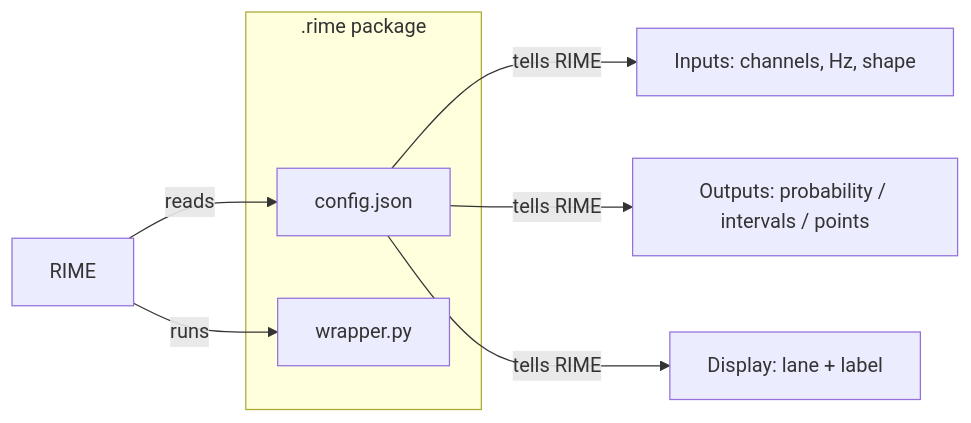
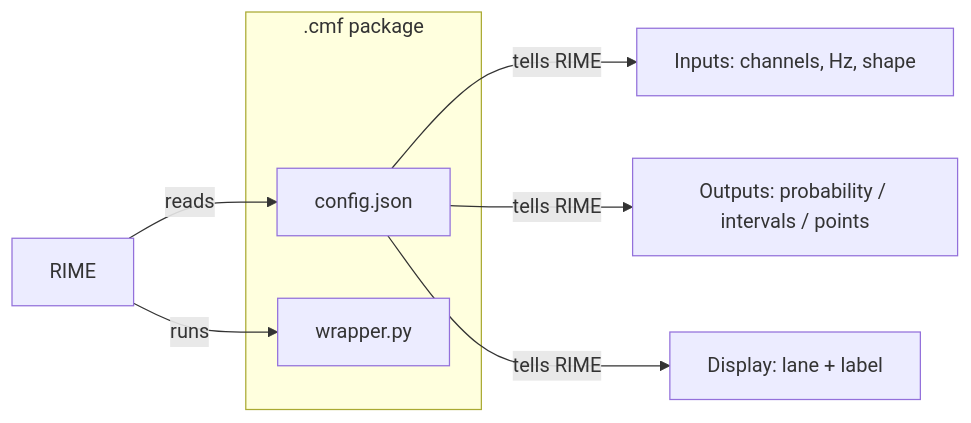
Before and after one commit to neurocog-mobility/rime: the second of 2 diagrams in docs/models/what-is-cmf.md, drawn with Mermaid. The commit also changed other lines of this file and 139 other files, not shown here.

````diff
--- a/docs/models/what-is-cmf.md
+++ b/docs/models/what-is-cmf.md
@@ -30,12 +31,12 @@
 ```mermaid
 flowchart LR
-    subgraph pkg [".rime package"]
+    subgraph pkg [".cmf package"]
         cfg[config.json]
         wrap[wrapper.py]
     end
     RIME -->|reads| cfg
     RIME -->|runs| wrap
     cfg -->|tells RIME| i["Inputs: channels, Hz, shape"]
     cfg -->|tells RIME| o["Outputs: probability / intervals / points"]
     cfg -->|tells RIME| d["Display: lane + label"]
 ```
````
